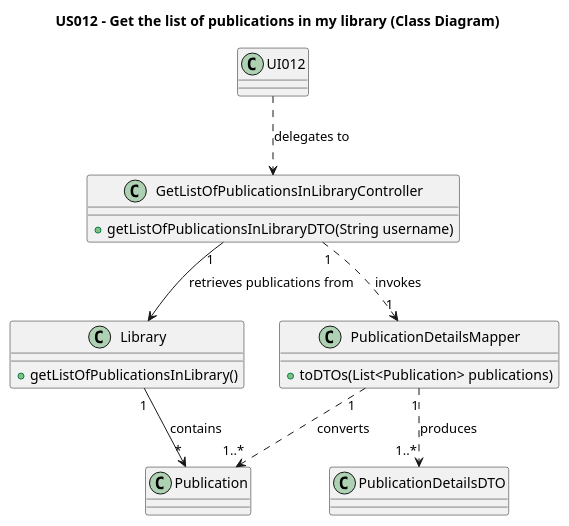
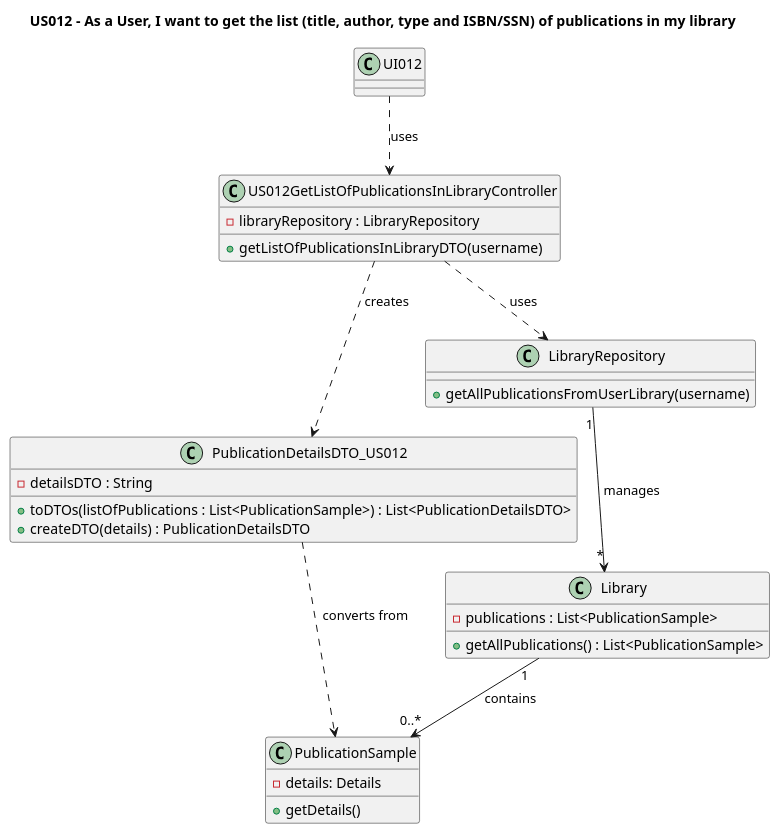
One commit to AndrePereiraGitH/SWitCH-Project-Team_A changed the diagram in Diagrams/ClassDiagrams/US012-to-get-list-of-publications.puml. Above: the diagram before and after it, drawn with PlantUML. The commit also changed 8 other files, not shown here.

Commit message:
Working on #169, updated SSD, SD, and CD diagrams to reflect the refactored architecture introduced in US012

```diff
--- a/Diagrams/ClassDiagrams/US012-to-get-list-of-publications.puml
+++ b/Diagrams/ClassDiagrams/US012-to-get-list-of-publications.puml
@@ -1,37 +1,59 @@
 @startuml
-title US012 - Get the list of publications in my library (Class Diagram)
+title US012 - As a User, I want to get the list (title, author, type and ISBN/SSN) of publications in my library
 
-class UI012 {
-}
 
-class GetListOfPublicationsInLibraryController {
-    +getListOfPublicationsInLibraryDTO(String username)
-}
+    class UI012 {
+    }
 
-class Library {
-    +getListOfPublicationsInLibrary()
-}
 
-class Publication {
-}
 
-class PublicationDetailsDTO {
-}
+    class US012GetListOfPublicationsInLibraryController {
+        - libraryRepository : LibraryRepository
+        + getListOfPublicationsInLibraryDTO(username)
+    }
 
-class PublicationDetailsMapper {
-    +toDTOs(List<Publication> publications)
-}
 
-' ---------------- Relationships ----------------
 
-UI012 ..> GetListOfPublicationsInLibraryController : delegates to
+    class PublicationDetailsDTO_US012 {
+        - detailsDTO : String
+        + toDTOs(listOfPublications : List<PublicationSample>) : List<PublicationDetailsDTO>
+        + createDTO(details) : PublicationDetailsDTO
+    }
 
-GetListOfPublicationsInLibraryController "1" --> Library : retrieves publications from
-GetListOfPublicationsInLibraryController "1" ..> "1" PublicationDetailsMapper : invokes
 
-Library "1" --> "*" Publication : contains
+    class Library {
+        - publications : List<PublicationSample>
+        + getAllPublications() : List<PublicationSample>
+    }
 
-PublicationDetailsMapper "1" ..> "1..*" Publication : converts
-PublicationDetailsMapper "1" ..> "1..*" PublicationDetailsDTO : produces
+    class PublicationSample {
+        - details: Details
+        + getDetails()
+    }
+
+
+
+    class LibraryRepository {
+        + getAllPublicationsFromUserLibrary(username)
+    }
+
+
+
+
+
+
+
+' Relationships
+UI012 ..> US012GetListOfPublicationsInLibraryController : uses
+US012GetListOfPublicationsInLibraryController ..> LibraryRepository : uses
+US012GetListOfPublicationsInLibraryController ..> PublicationDetailsDTO_US012 : creates
+
+
+PublicationDetailsDTO_US012 ..> PublicationSample : converts from
+
+Library "1" --> "0..*" PublicationSample : contains
+
+LibraryRepository "1" --> "*" Library : manages
+
 
 @enduml
```
